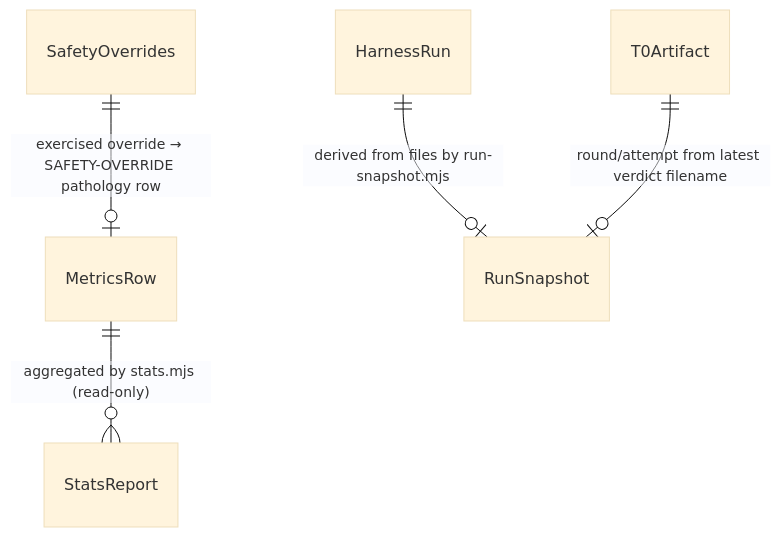
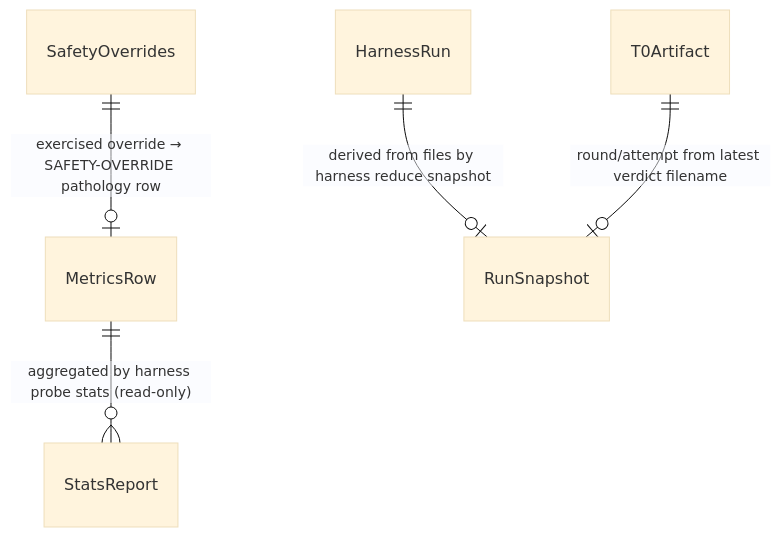
The fourth of 5 diagrams in docs/design/07-domain-erd.md (nguyenvanphituoc/shapeup-sdlc-plugin), drawn with Mermaid (base theme) before and after one commit. The commit also changed other lines of this file and 113 other files, not shown here.

````diff
--- a/docs/design/07-domain-erd.md
+++ b/docs/design/07-domain-erd.md
@@ -258,7 +258,7 @@
 ```mermaid
 erDiagram
-    MetricsRow ||--o{ StatsReport : "aggregated by stats.mjs (read-only)"
-    HarnessRun ||--o| RunSnapshot : "derived from files by run-snapshot.mjs"
+    MetricsRow ||--o{ StatsReport : "aggregated by harness probe stats (read-only)"
+    HarnessRun ||--o| RunSnapshot : "derived from files by harness reduce snapshot"
     T0Artifact ||--o| RunSnapshot : "round/attempt from latest verdict filename"
     SafetyOverrides ||--o| MetricsRow : "exercised override → SAFETY-OVERRIDE pathology row"
 ```
````
